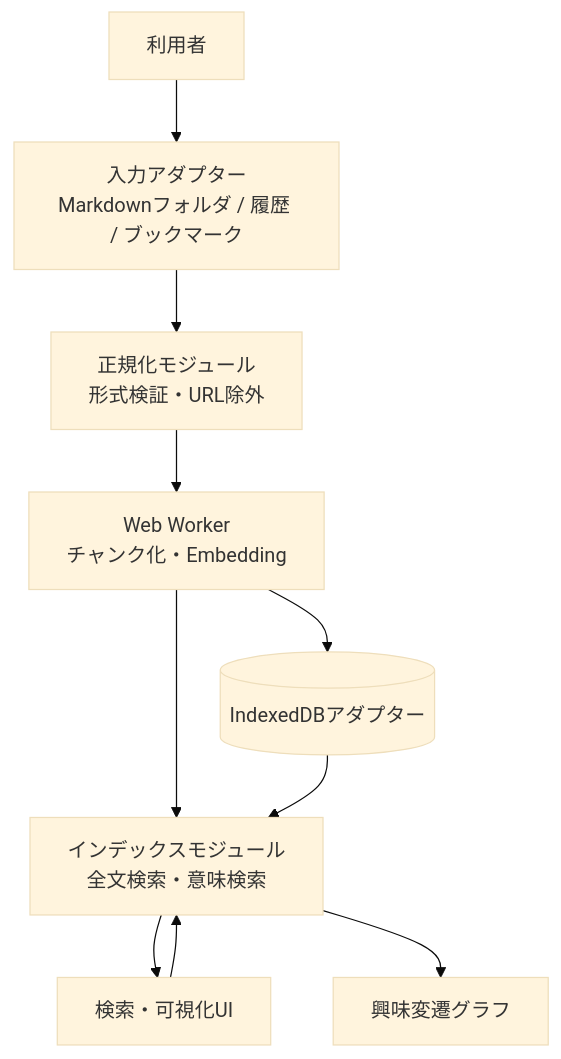
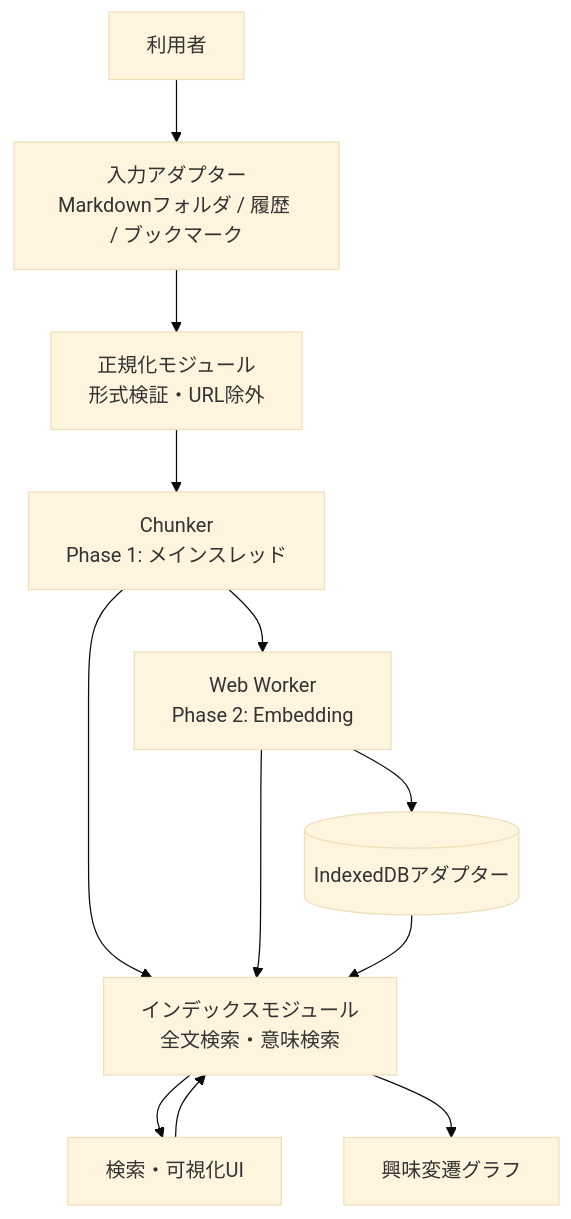
Before and after one commit to xzyozi/Mnemo_Local: the diagram in docs/design/APP-BD-001_Local-Semantic-Memory.md, drawn with Mermaid (base theme). The commit also changed other lines of this file and 1 other file, not shown here.

````diff
--- a/docs/design/APP-BD-001_Local-Semantic-Memory.md
+++ b/docs/design/APP-BD-001_Local-Semantic-Memory.md
@@ -51,21 +51,24 @@
 ```mermaid
 flowchart TD
     User[利用者]
     Input[入力アダプター<br/>Markdownフォルダ / 履歴 / ブックマーク]
     Normalize[正規化モジュール<br/>形式検証・URL除外]
-    Worker[Web Worker<br/>チャンク化・Embedding]
+    Chunker[Chunker<br/>Phase 1: メインスレッド]
+    Worker[Web Worker<br/>Phase 2: Embedding]
     Index[インデックスモジュール<br/>全文検索・意味検索]
     Store[(IndexedDBアダプター)]
     UI[検索・可視化UI]
     Graph[興味変遷グラフ]
 
     User --> Input
     Input --> Normalize
-    Normalize --> Worker
+    Normalize --> Chunker
+    Chunker --> Index
+    Chunker --> Worker
     Worker --> Index
     Worker --> Store
     Store --> Index
     UI --> Index
     Index --> UI
     Index --> Graph
 ```
````
